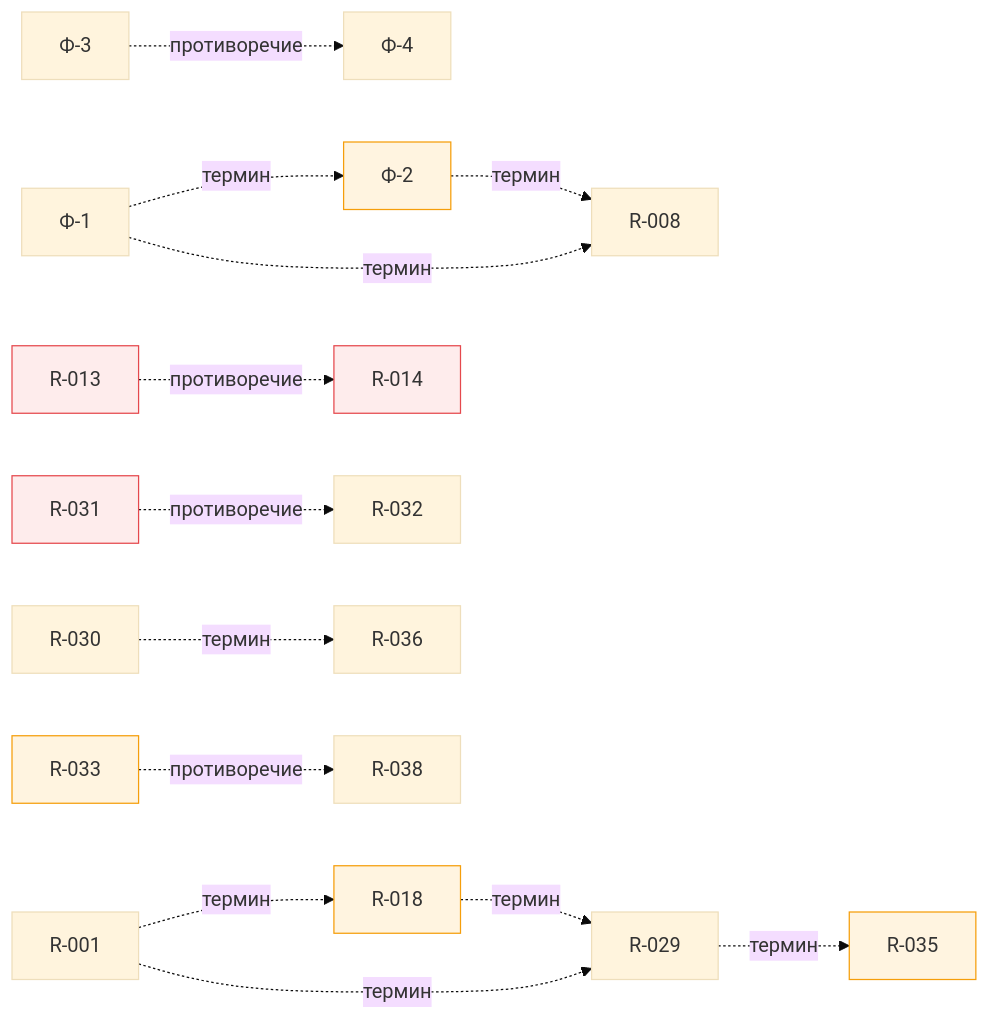
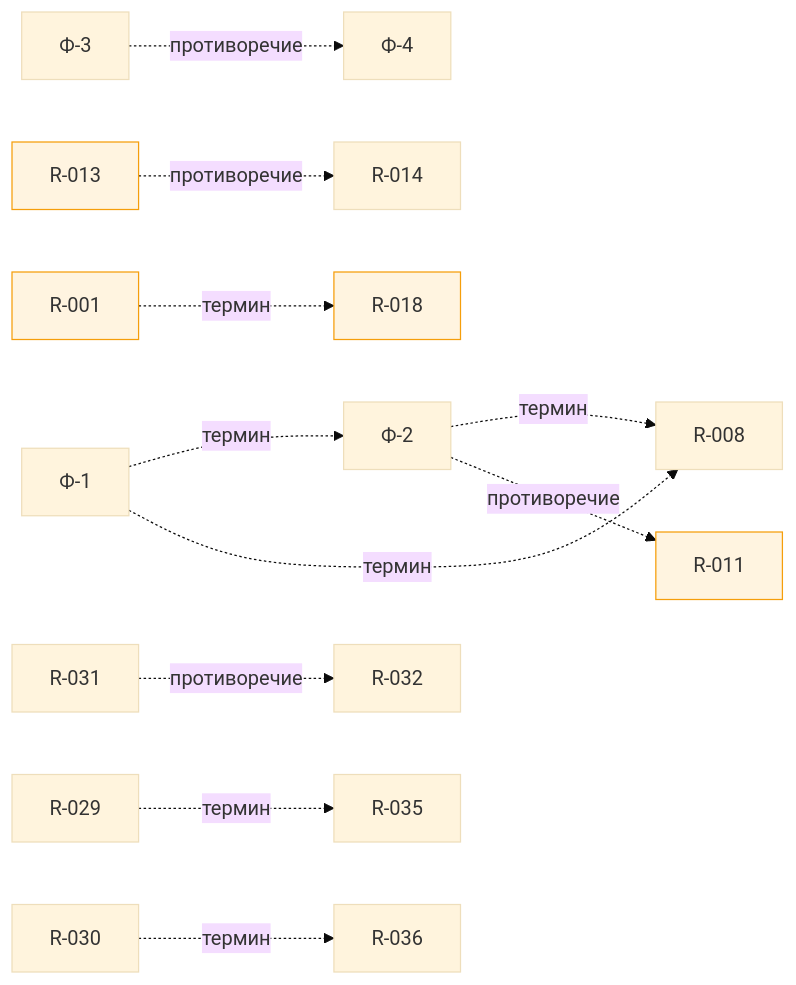
One commit to Aidana17022007/req-review-agent changed the diagram in reports/requirements-report.md. Above: the diagram before and after it, drawn with Mermaid (base theme). The commit also changed other lines of this file and 29 other files, not shown here.

````diff
--- a/reports/requirements-report.md
+++ b/reports/requirements-report.md
@@ -1315,39 +1270,33 @@
 ```mermaid
 graph LR
   R_001["R-001"]
   R_002["Ф-1"]
   R_003["Ф-2"]
   R_004["Ф-3"]
   R_005["Ф-4"]
   R_008["R-008"]
+  R_011["R-011"]
   R_013["R-013"]
   R_014["R-014"]
   R_018["R-018"]
   R_029["R-029"]
   R_030["R-030"]
   R_031["R-031"]
   R_032["R-032"]
-  R_033["R-033"]
   R_035["R-035"]
   R_036["R-036"]
-  R_038["R-038"]
   R_013 -. противоречие .-> R_014
   R_004 -. противоречие .-> R_005
   R_029 -. термин .-> R_035
   R_030 -. термин .-> R_036
   R_031 -. противоречие .-> R_032
   R_002 -. термин .-> R_003
   R_002 -. термин .-> R_008
   R_003 -. термин .-> R_008
-  R_033 -. противоречие .-> R_038
+  R_003 -. противоречие .-> R_011
   R_001 -. термин .-> R_018
-  R_001 -. термин .-> R_029
-  R_018 -. термин .-> R_029
-  style R_003 fill:#FFF4E0,stroke:#F59E0B
-  style R_013 fill:#FEECEC,stroke:#E5484D
-  style R_014 fill:#FEECEC,stroke:#E5484D
+  style R_001 fill:#FFF4E0,stroke:#F59E0B
+  style R_011 fill:#FFF4E0,stroke:#F59E0B
+  style R_013 fill:#FFF4E0,stroke:#F59E0B
   style R_018 fill:#FFF4E0,stroke:#F59E0B
-  style R_031 fill:#FEECEC,stroke:#E5484D
-  style R_033 fill:#FFF4E0,stroke:#F59E0B
-  style R_035 fill:#FFF4E0,stroke:#F59E0B
 ```
````
